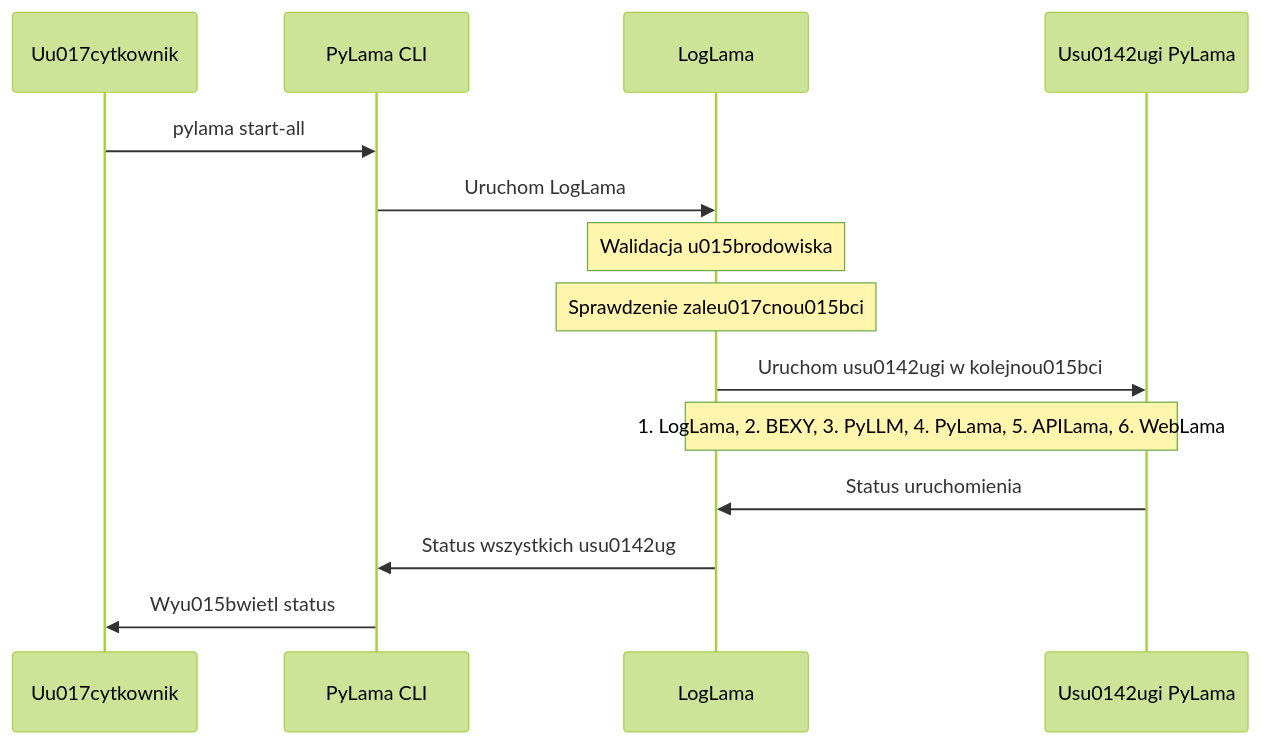
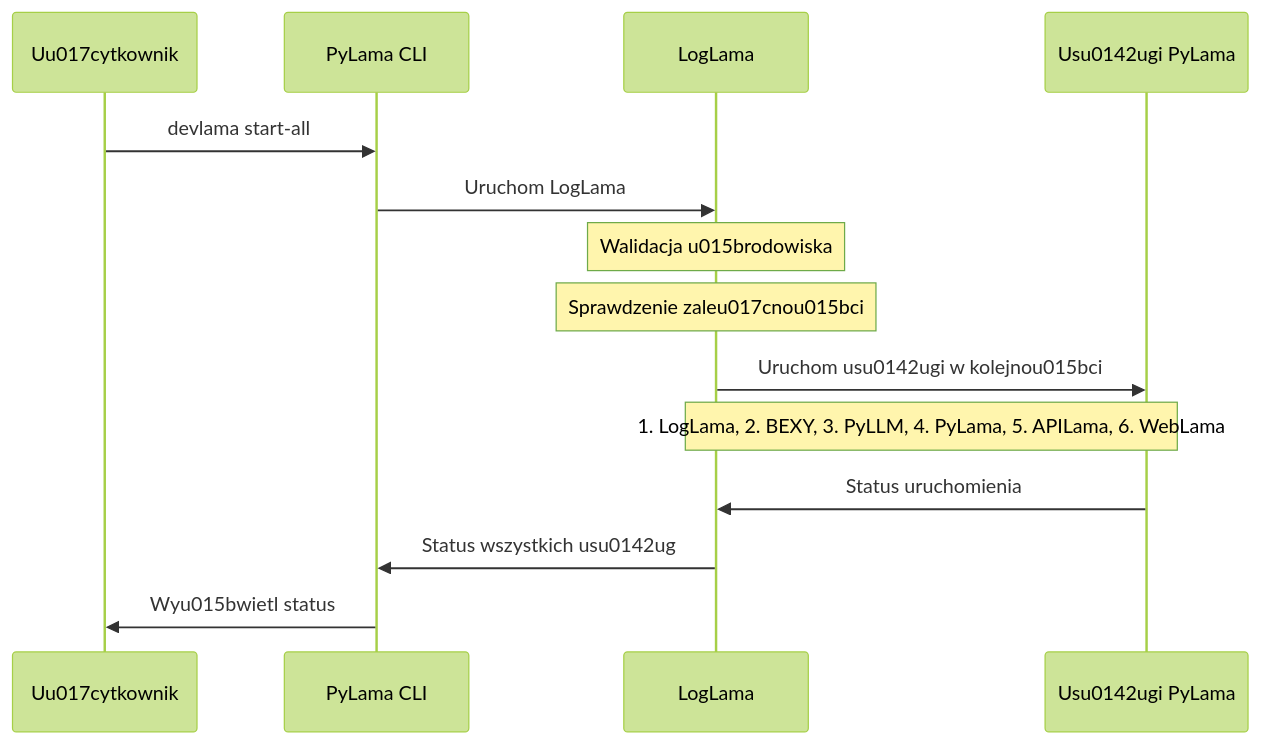
One commit to py-lama/loglama changed the seventh of 10 diagrams in TECHNICAL_DIAGRAMS.md. Above: the diagram before and after it, drawn with Mermaid (forest theme). The commit also changed other lines of this file and 22 other files, not shown here.

````diff
--- a/TECHNICAL_DIAGRAMS.md
+++ b/TECHNICAL_DIAGRAMS.md
@@ -234,17 +234,17 @@
 ```mermaid
 sequenceDiagram
     participant User as Uu017cytkownik
     participant CLI as PyLama CLI
     participant LogLama as LogLama
     participant Services as Usu0142ugi PyLama
     
-    User->>CLI: pylama start-all
+    User->>CLI: devlama start-all
     CLI->>LogLama: Uruchom LogLama
     Note over LogLama: Walidacja u015brodowiska
     Note over LogLama: Sprawdzenie zaleu017cnou015bci
     LogLama->>Services: Uruchom usu0142ugi w kolejnou015bci
     Note over LogLama,Services: 1. LogLama, 2. BEXY, 3. PyLLM, 4. PyLama, 5. APILama, 6. WebLama
     Services->>LogLama: Status uruchomienia
     LogLama->>CLI: Status wszystkich usu0142ug
     CLI->>User: Wyu015bwietl status
 ```
````
